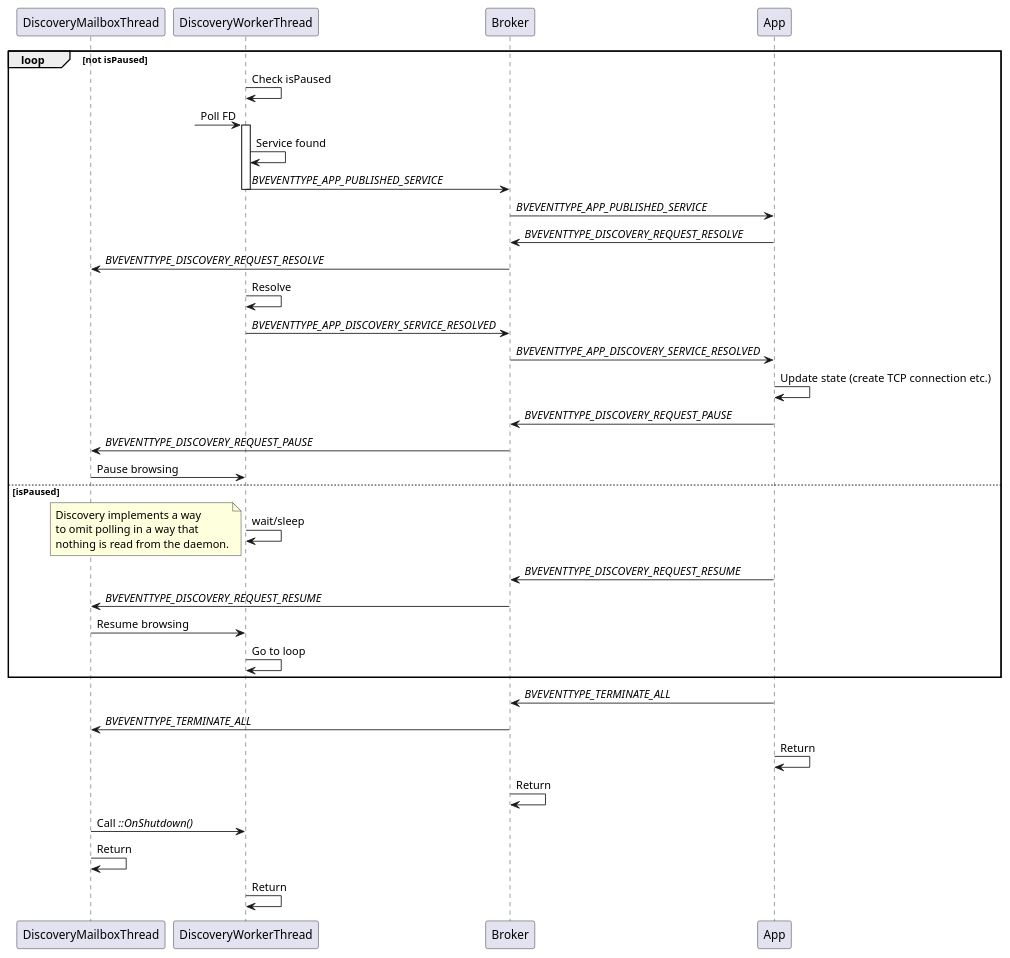
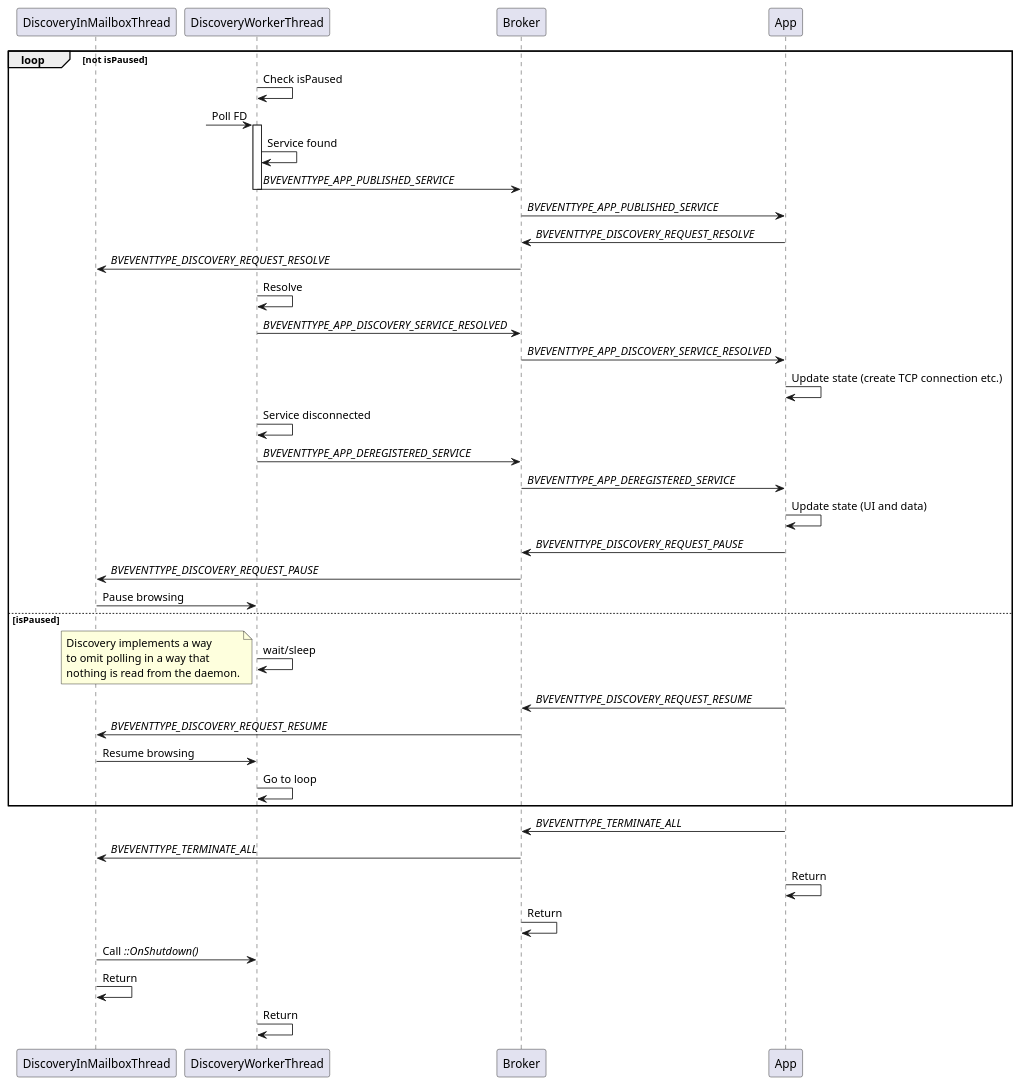
Before and after one commit to IntegratedSalad/LocalChat: the diagram in docs/discovery_diagram.wsd, drawn with PlantUML. The commit also changed 5 other files, not shown here.

```diff
--- a/docs/discovery_diagram.wsd
+++ b/docs/discovery_diagram.wsd
@@ -1,48 +1,52 @@
 @startuml Discovery State Diagram
 
-participant DiscoveryMailboxThread    as DiscoveryMbx
+participant DiscoveryInMailboxThread    as DiscoveryMbx
 participant DiscoveryWorkerThread     as DiscoveryWT
 participant Broker                    as Broker
 participant App                       as App
 
 loop not isPaused
     DiscoveryWT -> DiscoveryWT : Check isPaused
 
     ?-> DiscoveryWT: Poll FD
     activate DiscoveryWT
         DiscoveryWT -> DiscoveryWT  : Service found
         DiscoveryWT -> Broker       : //BVEVENTTYPE_APP_PUBLISHED_SERVICE//
 
     deactivate DiscoveryWT
     Broker -> App                   : //BVEVENTTYPE_APP_PUBLISHED_SERVICE//
     App -> Broker                   : //BVEVENTTYPE_DISCOVERY_REQUEST_RESOLVE//
     Broker -> DiscoveryMbx          : //BVEVENTTYPE_DISCOVERY_REQUEST_RESOLVE//
     DiscoveryWT -> DiscoveryWT : Resolve
     DiscoveryWT -> Broker           : //BVEVENTTYPE_APP_DISCOVERY_SERVICE_RESOLVED//
     Broker -> App                   : //BVEVENTTYPE_APP_DISCOVERY_SERVICE_RESOLVED//
     App -> App                      : Update state (create TCP connection etc.)
+    DiscoveryWT -> DiscoveryWT      : Service disconnected
+    DiscoveryWT -> Broker           : //BVEVENTTYPE_APP_DEREGISTERED_SERVICE//
+    Broker      -> App              : //BVEVENTTYPE_APP_DEREGISTERED_SERVICE//
+    App -> App                      : Update state (UI and data)
     App -> Broker                   : //BVEVENTTYPE_DISCOVERY_REQUEST_PAUSE//
     Broker -> DiscoveryMbx          : //BVEVENTTYPE_DISCOVERY_REQUEST_PAUSE//
     DiscoveryMbx -> DiscoveryWT     : Pause browsing
 
 else isPaused
     DiscoveryWT -> DiscoveryWT : wait/sleep
     note left
     Discovery implements a way
     to omit polling in a way that
     nothing is read from the daemon.
     end note
     App -> Broker               : //BVEVENTTYPE_DISCOVERY_REQUEST_RESUME//
     Broker -> DiscoveryMbx      : //BVEVENTTYPE_DISCOVERY_REQUEST_RESUME//
     DiscoveryMbx -> DiscoveryWT : Resume browsing 
     DiscoveryWT -> DiscoveryWT  : Go to loop
 end
 
 App -> Broker                : //BVEVENTTYPE_TERMINATE_ALL//
 Broker -> DiscoveryMbx       : //BVEVENTTYPE_TERMINATE_ALL//
 App -> App                   : Return
 Broker -> Broker             : Return
 DiscoveryMbx -> DiscoveryWT  : Call //::OnShutdown()// 
 DiscoveryMbx -> DiscoveryMbx : Return
 DiscoveryWT -> DiscoveryWT   : Return
 @enduml
```
